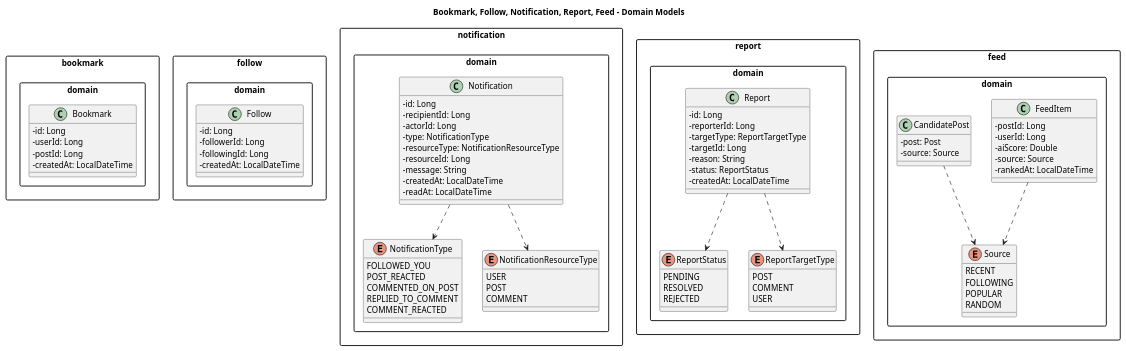
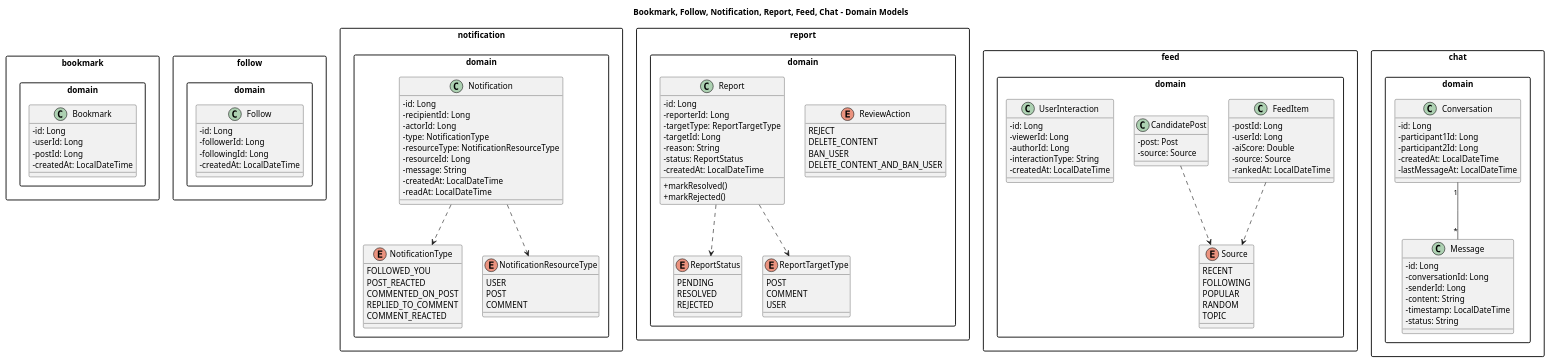
The diagram in docs/class_diagram/other_modules.puml (DamPhuQuy/Social-Pulse), drawn with PlantUML before and after one commit. The commit also changed 4 other files, not shown here.

First line of the commit message:
docs: Update class diagrams with new domain models and relationships

```diff
--- a/docs/class_diagram/other_modules.puml
+++ b/docs/class_diagram/other_modules.puml
@@ -1,114 +1,153 @@
 @startuml Other Modules
 
 skinparam classAttributeIconSize 0
 skinparam packageStyle rectangle
 skinparam shadowing false
 
-title Bookmark, Follow, Notification, Report, Feed - Domain Models
+title Bookmark, Follow, Notification, Report, Feed, Chat - Domain Models
 
 ' === Bookmark ===
 package "bookmark.domain" {
     class Bookmark {
         - id: Long
         - userId: Long
         - postId: Long
         - createdAt: LocalDateTime
     }
 }
 
 ' === Follow ===
 package "follow.domain" {
     class Follow {
         - id: Long
         - followerId: Long
         - followingId: Long
         - createdAt: LocalDateTime
     }
 }
 
 ' === Notification ===
 package "notification.domain" {
     enum NotificationType {
         FOLLOWED_YOU
         POST_REACTED
         COMMENTED_ON_POST
         REPLIED_TO_COMMENT
         COMMENT_REACTED
     }
 
     enum NotificationResourceType {
         USER
         POST
         COMMENT
     }
 
     class Notification {
         - id: Long
         - recipientId: Long
         - actorId: Long
         - type: NotificationType
         - resourceType: NotificationResourceType
         - resourceId: Long
         - message: String
         - createdAt: LocalDateTime
         - readAt: LocalDateTime
     }
 }
 
 ' === Report ===
 package "report.domain" {
     enum ReportStatus {
         PENDING
         RESOLVED
         REJECTED
     }
 
     enum ReportTargetType {
         POST
         COMMENT
         USER
     }
 
+    enum ReviewAction {
+        REJECT
+        DELETE_CONTENT
+        BAN_USER
+        DELETE_CONTENT_AND_BAN_USER
+    }
+
     class Report {
         - id: Long
         - reporterId: Long
         - targetType: ReportTargetType
         - targetId: Long
         - reason: String
         - status: ReportStatus
         - createdAt: LocalDateTime
+        + markResolved()
+        + markRejected()
     }
 }
 
 ' === Feed ===
 package "feed.domain" {
     enum Source {
         RECENT
         FOLLOWING
         POPULAR
         RANDOM
+        TOPIC
     }
 
     class FeedItem {
         - postId: Long
         - userId: Long
         - aiScore: Double
         - source: Source
         - rankedAt: LocalDateTime
     }
 
     class CandidatePost {
         - post: Post
         - source: Source
     }
+
+    class UserInteraction {
+        - id: Long
+        - viewerId: Long
+        - authorId: Long
+        - interactionType: String
+        - createdAt: LocalDateTime
+    }
+}
+
+' === Chat ===
+package "chat.domain" {
+    class Conversation {
+        - id: Long
+        - participant1Id: Long
+        - participant2Id: Long
+        - createdAt: LocalDateTime
+        - lastMessageAt: LocalDateTime
+    }
+
+    class Message {
+        - id: Long
+        - conversationId: Long
+        - senderId: Long
+        - content: String
+        - timestamp: LocalDateTime
+        - status: String
+    }
 }
 
 ' Relationships
 Notification ..> NotificationType
 Notification ..> NotificationResourceType
 Report ..> ReportStatus
 Report ..> ReportTargetType
 FeedItem ..> Source
 CandidatePost ..> Source
+Conversation "1" -- "*" Message
 
 @enduml
```
